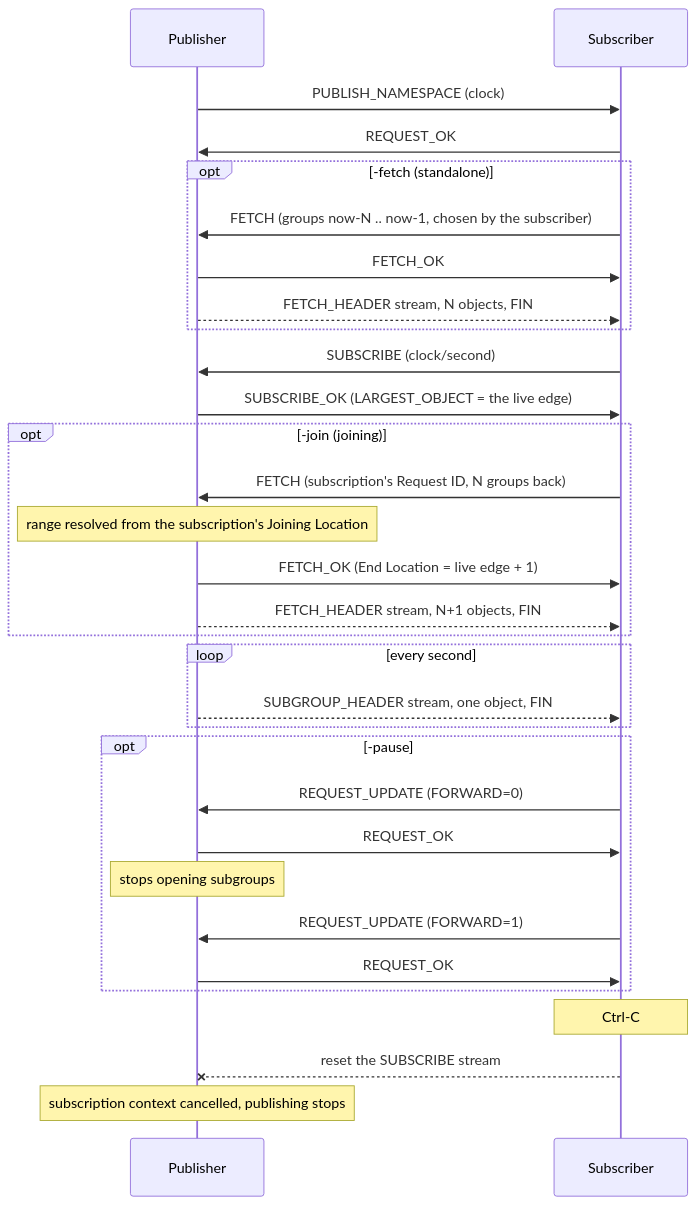
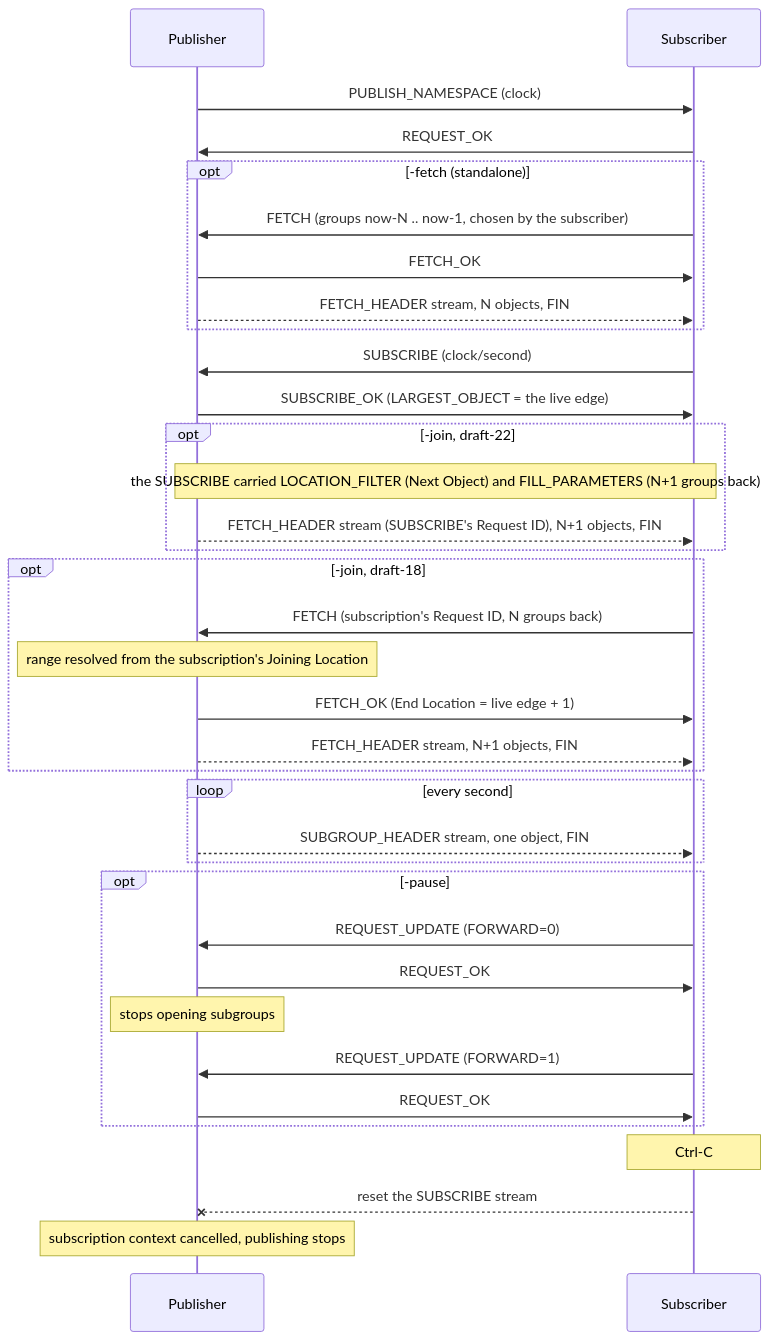
Before and after one commit to Eyevinn/moqtransport: the diagram in examples/date/README.md, drawn with Mermaid. The commit also changed other lines of this file and 14 other files, not shown here.

````diff
--- a/examples/date/README.md
+++ b/examples/date/README.md
@@ -114,40 +136,45 @@
 ```mermaid
 sequenceDiagram
     participant P as Publisher
     participant S as Subscriber
 
     P->>S: PUBLISH_NAMESPACE (clock)
     S->>P: REQUEST_OK
 
     opt -fetch (standalone)
         S->>P: FETCH (groups now-N .. now-1, chosen by the subscriber)
         P->>S: FETCH_OK
         P-->>S: FETCH_HEADER stream, N objects, FIN
     end
 
     S->>P: SUBSCRIBE (clock/second)
     P->>S: SUBSCRIBE_OK (LARGEST_OBJECT = the live edge)
 
-    opt -join (joining)
+    opt -join, draft-22
+        Note over S,P: the SUBSCRIBE carried LOCATION_FILTER (Next Object) and FILL_PARAMETERS (N+1 groups back)
+        P-->>S: FETCH_HEADER stream (SUBSCRIBE's Request ID), N+1 objects, FIN
+    end
+
+    opt -join, draft-18
         S->>P: FETCH (subscription's Request ID, N groups back)
         Note over P: range resolved from the subscription's Joining Location
         P->>S: FETCH_OK (End Location = live edge + 1)
         P-->>S: FETCH_HEADER stream, N+1 objects, FIN
     end
 
     loop every second
         P-->>S: SUBGROUP_HEADER stream, one object, FIN
     end
 
     opt -pause
         S->>P: REQUEST_UPDATE (FORWARD=0)
         P->>S: REQUEST_OK
         Note over P: stops opening subgroups
         S->>P: REQUEST_UPDATE (FORWARD=1)
         P->>S: REQUEST_OK
     end
 
     Note over S: Ctrl-C
     S--xP: reset the SUBSCRIBE stream
     Note over P: subscription context cancelled, publishing stops
 ```
````
